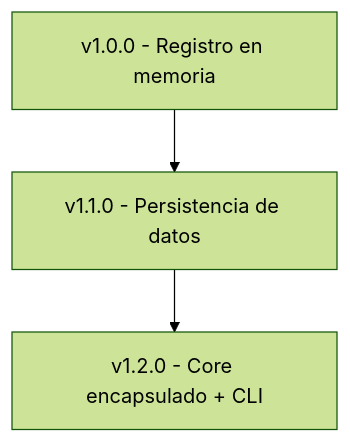
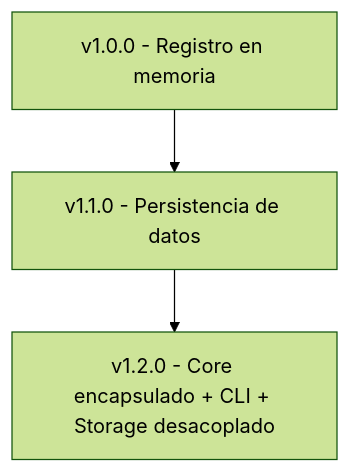
Before and after one commit to AbishaiFC/smvg-core: the diagram in readme.md, drawn with Mermaid (forest theme). The commit also changed other lines of this file, not shown here.

````diff
--- a/readme.md
+++ b/readme.md
@@ -31,6 +31,6 @@
 ```mermaid
 graph TD
     A[v1.0.0 - Registro en memoria] --> B
     B[v1.1.0 - Persistencia de datos] --> C
-    C[v1.2.0 - Core encapsulado + CLI]
+    C[v1.2.0 - Core encapsulado + CLI + Storage desacoplado]
 ```
````
